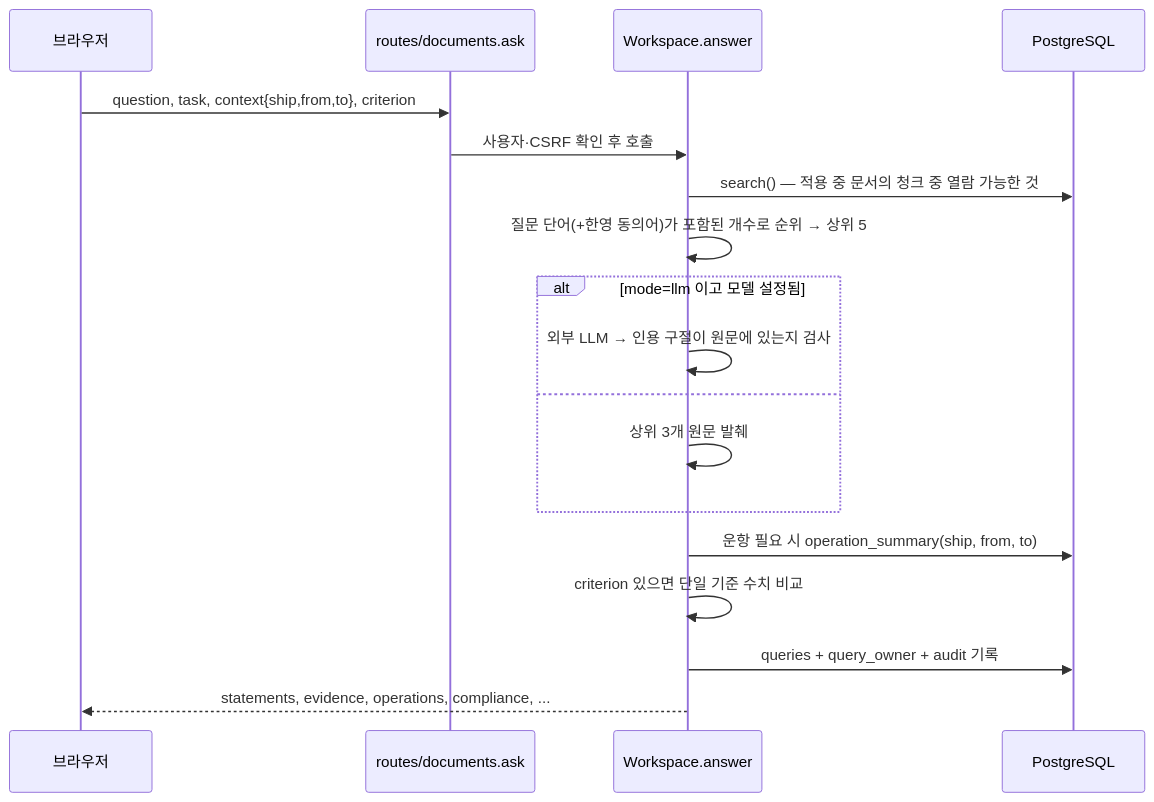
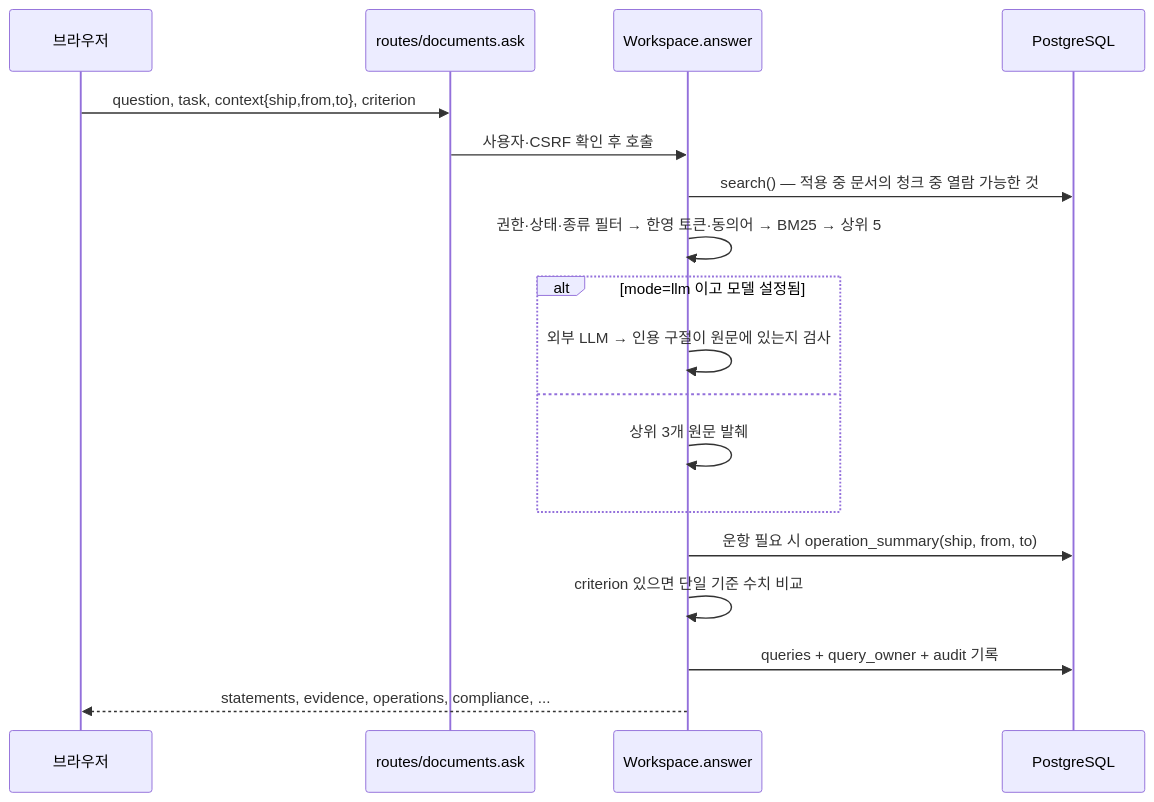
One commit to JongmuLee/sea-the-answer changed the second of 3 diagrams in docs/architecture.md. Above: the diagram before and after it, drawn with Mermaid. The commit also changed other lines of this file and 17 other files, not shown here.

````diff
--- a/docs/architecture.md
+++ b/docs/architecture.md
@@ -75,20 +75,20 @@
 ```mermaid
 sequenceDiagram
   participant UI as 브라우저
   participant API as routes/documents.ask
   participant WS as Workspace.answer
   participant DB as PostgreSQL
   UI->>API: question, task, context{ship,from,to}, criterion
   API->>WS: 사용자·CSRF 확인 후 호출
   WS->>DB: search() — 적용 중 문서의 청크 중 열람 가능한 것
-  WS->>WS: 질문 단어(+한영 동의어)가 포함된 개수로 순위 → 상위 5
+  WS->>WS: 권한·상태·종류 필터 → 한영 토큰·동의어 → BM25 → 상위 5
   alt mode=llm 이고 모델 설정됨
     WS->>WS: 외부 LLM → 인용 구절이 원문에 있는지 검사
   else
     WS->>WS: 상위 3개 원문 발췌
   end
   WS->>DB: 운항 필요 시 operation_summary(ship, from, to)
   WS->>WS: criterion 있으면 단일 기준 수치 비교
   WS->>DB: queries + query_owner + audit 기록
   WS-->>UI: statements, evidence, operations, compliance, ...
 ```
````
